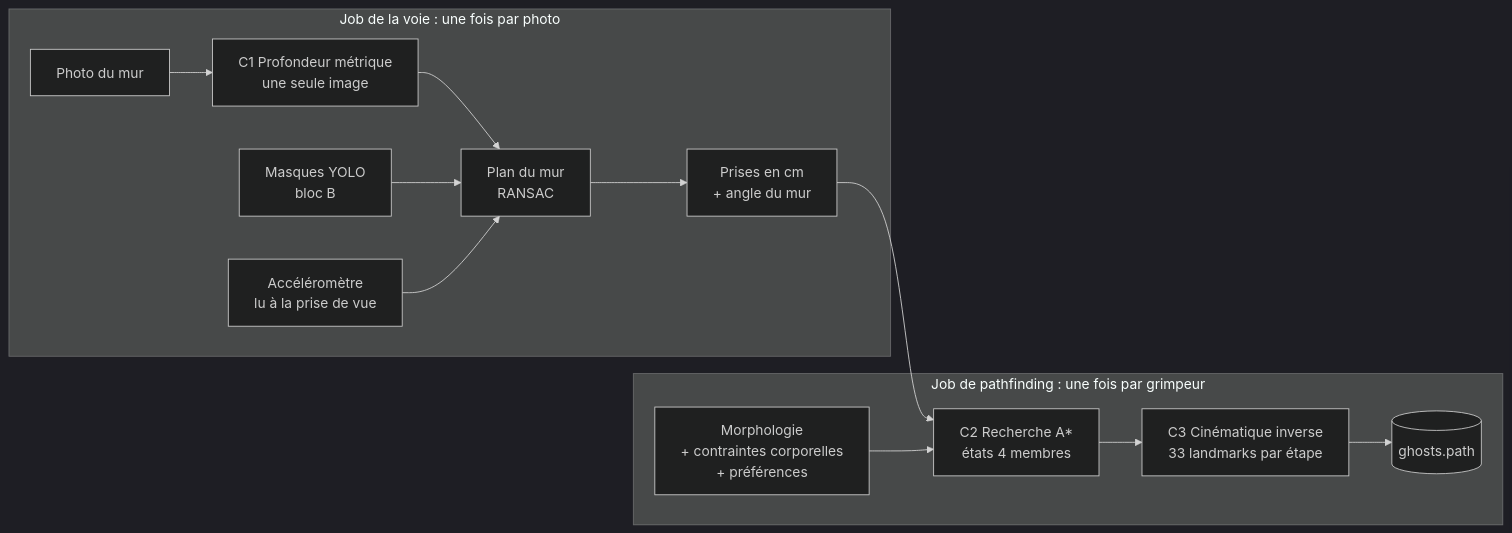
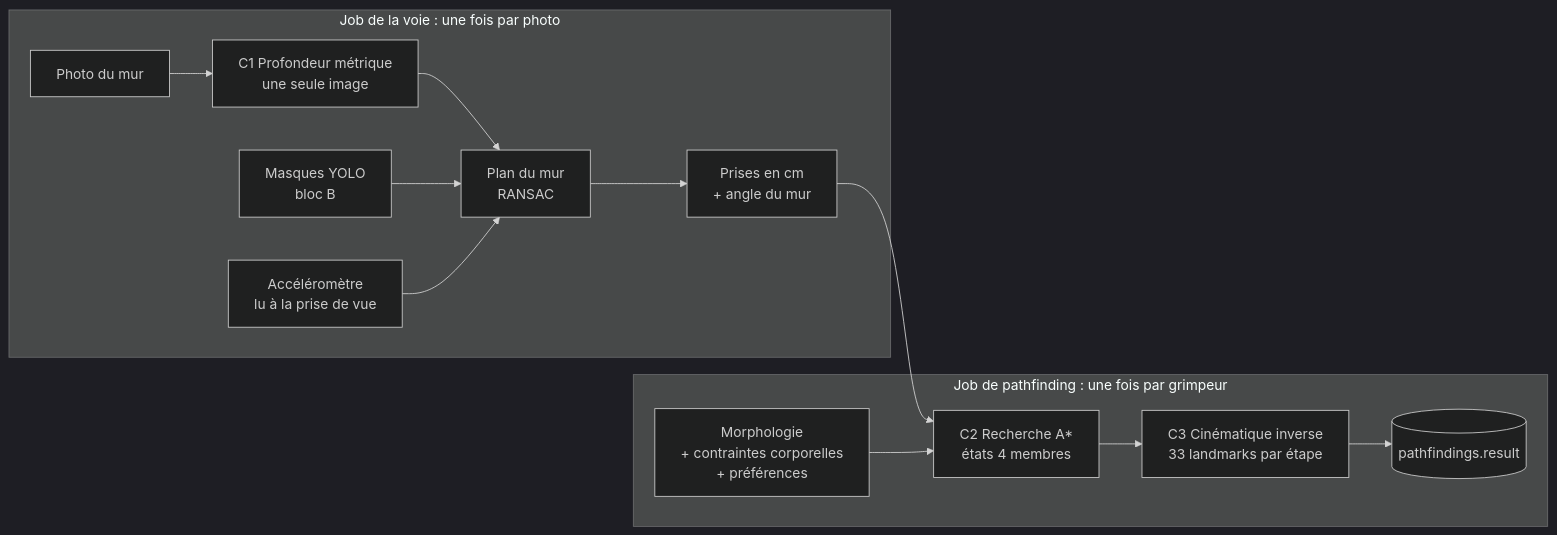
One commit to Ascension-EIP/Ascension changed the third of 3 diagrams in docs/Ascension/developer/apps/ai/pipeline-2d-decomposition/readme.md. Above: the diagram before and after it, drawn with Mermaid (dark theme). The commit also changed other lines of this file and 5 other files, not shown here.

````diff
--- a/docs/Ascension/developer/apps/ai/pipeline-2d-decomposition/readme.md
+++ b/docs/Ascension/developer/apps/ai/pipeline-2d-decomposition/readme.md
@@ -156,17 +156,17 @@
 ```mermaid
 flowchart LR
     subgraph Route ["Job de la voie : une fois par photo"]
         Photo["Photo du mur"] --> Depth["C1 Profondeur métrique\nune seule image"]
         Depth --> Plane["Plan du mur\nRANSAC"]
         Masks["Masques YOLO\nbloc B"] --> Plane
         Gravity["Accéléromètre\nlu à la prise de vue"] --> Plane
         Plane --> Wall["Prises en cm\n+ angle du mur"]
     end
 
     subgraph Pathfinding ["Job de pathfinding : une fois par grimpeur"]
         Wall --> Search["C2 Recherche A*\nétats 4 membres"]
         Profile["Morphologie\n+ contraintes corporelles\n+ préférences"] --> Search
         Search --> IK["C3 Cinématique inverse\n33 landmarks par étape"]
-        IK --> Path[("ghosts.path")]
+        IK --> Path[("pathfindings.result")]
     end
 ```
````
